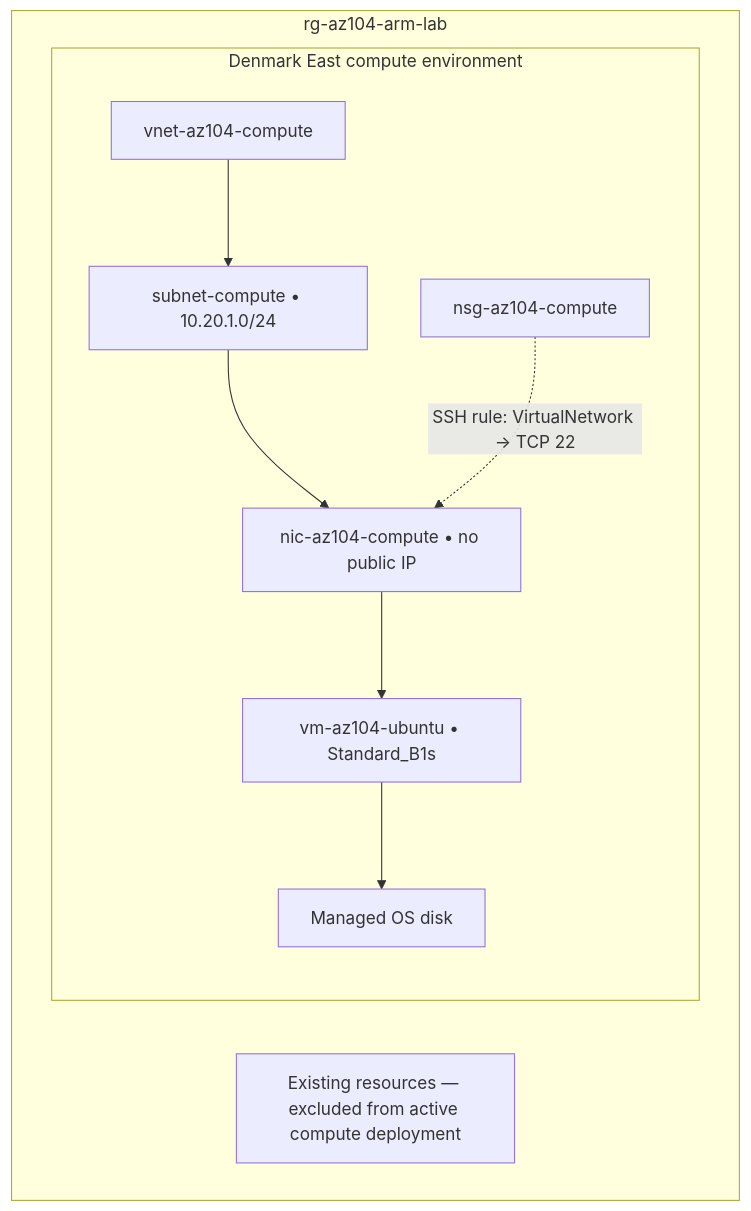
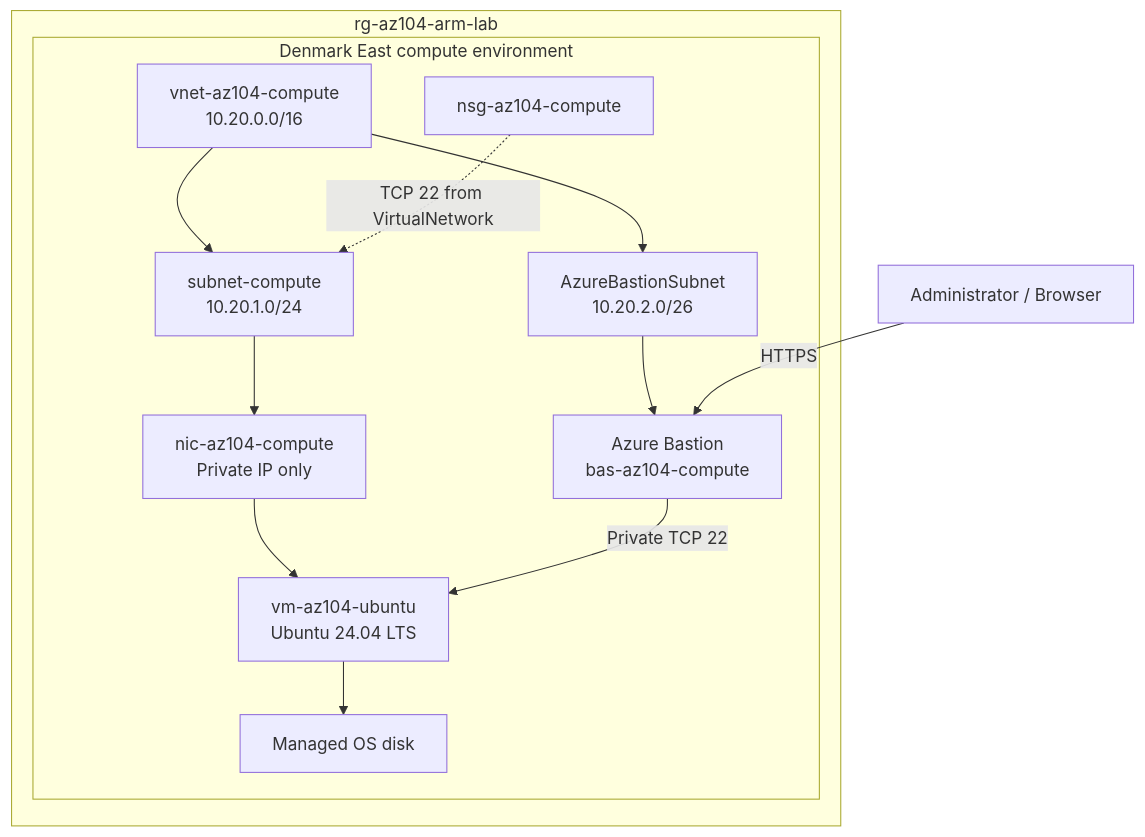
One commit to AZ1600/az104-azure-infrastructure-lab changed the diagram in README.md. Above: the diagram before and after it, drawn with Mermaid. The commit also changed other lines of this file and 1 other file, not shown here.

Commit message:
Document Azure Bastion connectivity validation

````diff
--- a/README.md
+++ b/README.md
@@ -38,21 +54,31 @@
 ```mermaid
 flowchart TB
+    User["Administrator / Browser"]
+
     subgraph RG["rg-az104-arm-lab"]
-        Existing["Existing resources — excluded from active compute deployment"]
+        subgraph Compute["Denmark East compute environment"]
+            Bastion["Azure Bastion<br/>bas-az104-compute"]
+            BastionSubnet["AzureBastionSubnet<br/>10.20.2.0/26"]
 
-        subgraph Compute["Denmark East compute environment"]
-            VNet["vnet-az104-compute"]
-            Subnet["subnet-compute • 10.20.1.0/24"]
+            VNet["vnet-az104-compute<br/>10.20.0.0/16"]
+            ComputeSubnet["subnet-compute<br/>10.20.1.0/24"]
             NSG["nsg-az104-compute"]
-            NIC["nic-az104-compute • no public IP"]
-            VM["vm-az104-ubuntu • Standard_B1s"]
+            NIC["nic-az104-compute<br/>Private IP only"]
+            VM["vm-az104-ubuntu<br/>Ubuntu 24.04 LTS"]
             Disk["Managed OS disk"]
 
-            VNet --> Subnet
-            Subnet --> NIC
+            VNet --> BastionSubnet
+            VNet --> ComputeSubnet
+
+            BastionSubnet --> Bastion
+            ComputeSubnet --> NIC
             NIC --> VM
             VM --> Disk
-            NSG -. "SSH rule: VirtualNetwork → TCP 22" .-> NIC
+
+            NSG -. "TCP 22 from VirtualNetwork" .-> ComputeSubnet
         end
     end
+
+    User -->|"HTTPS"| Bastion
+    Bastion -->|"Private TCP 22"| VM
 ```
````
